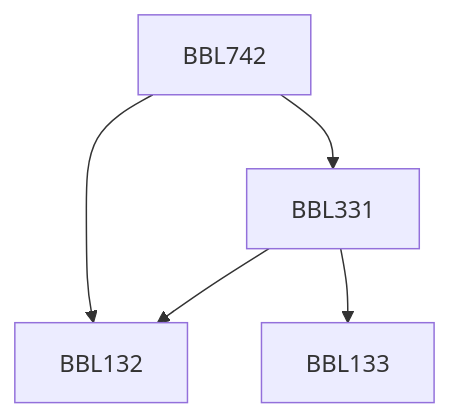
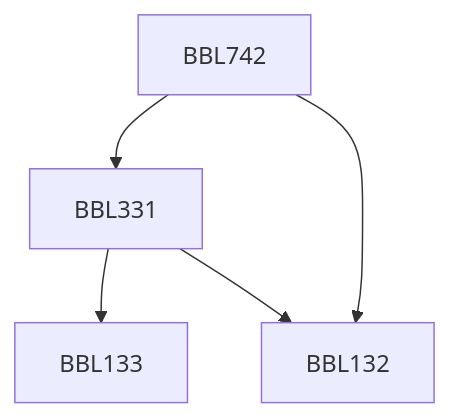
The diagram in content/Biochemical Engineering and Biotechnology/BBL742.md (KeshavBansal0122/CoS_Website), drawn with Mermaid before and after one commit. The commit also changed other lines of this file and 392 other files, not shown here.

````diff
--- a/content/Biochemical Engineering and Biotechnology/BBL742.md
+++ b/content/Biochemical Engineering and Biotechnology/BBL742.md
@@ -13,11 +13,11 @@
 ```mermaid
 flowchart TD
 BBL742-1297[BBL742]
+BBL331-1297 --> BBL133-1297[BBL133]
+BBL331-1297 --> BBL132-1297[BBL132]
+BBL742-1297 --> BBL331-1297[BBL331]
 BBL742-1297 --> BBL132-1297[BBL132]
-BBL331-1297 --> BBL133-1297[BBL133]
-BBL742-1297 --> BBL331-1297[BBL331]
-BBL331-1297 --> BBL132-1297[BBL132]
 
 classDef empty height:17px, fill:transparent, stroke:transparent;
 classDef trueEmpty height:0px, width:0px;
 ```
````
